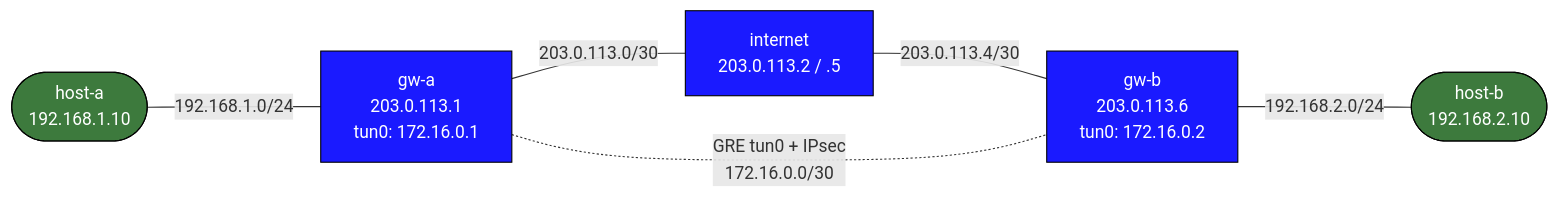
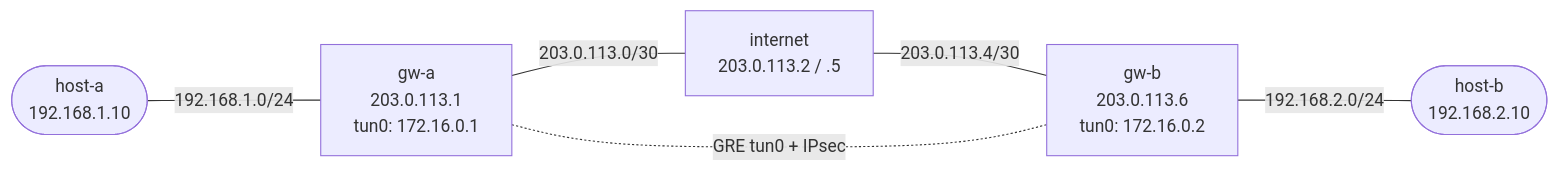
One commit to jschless/networkingLabs changed the diagram in labs/gre-ipsec/README.md. Above: the diagram before and after it, drawn with Mermaid. The commit also changed other lines of this file and 25 other files, not shown here.

````diff
--- a/labs/gre-ipsec/README.md
+++ b/labs/gre-ipsec/README.md
@@ -11,20 +7,15 @@
 ```mermaid
 flowchart LR
     ha(["host-a\n192.168.1.10"])
     gwa["gw-a\n203.0.113.1\ntun0: 172.16.0.1"]
     inet["internet\n203.0.113.2 / .5"]
     gwb["gw-b\n203.0.113.6\ntun0: 172.16.0.2"]
     hb(["host-b\n192.168.2.10"])
 
     ha -- "192.168.1.0/24" --- gwa
     gwa -- "203.0.113.0/30" --- inet
     inet -- "203.0.113.4/30" --- gwb
     gwb -- "192.168.2.0/24" --- hb
 
-    gwa -. "GRE tun0 + IPsec\n172.16.0.0/30" .- gwb
-
-    classDef router fill:#1a1aff,color:#fff,stroke:#000
-    classDef host   fill:#3d7a3d,color:#fff,stroke:#000
-    class gwa,gwb,inet router
-    class ha,hb host
+    gwa -. "GRE tun0 + IPsec" .- gwb
 ```
````
